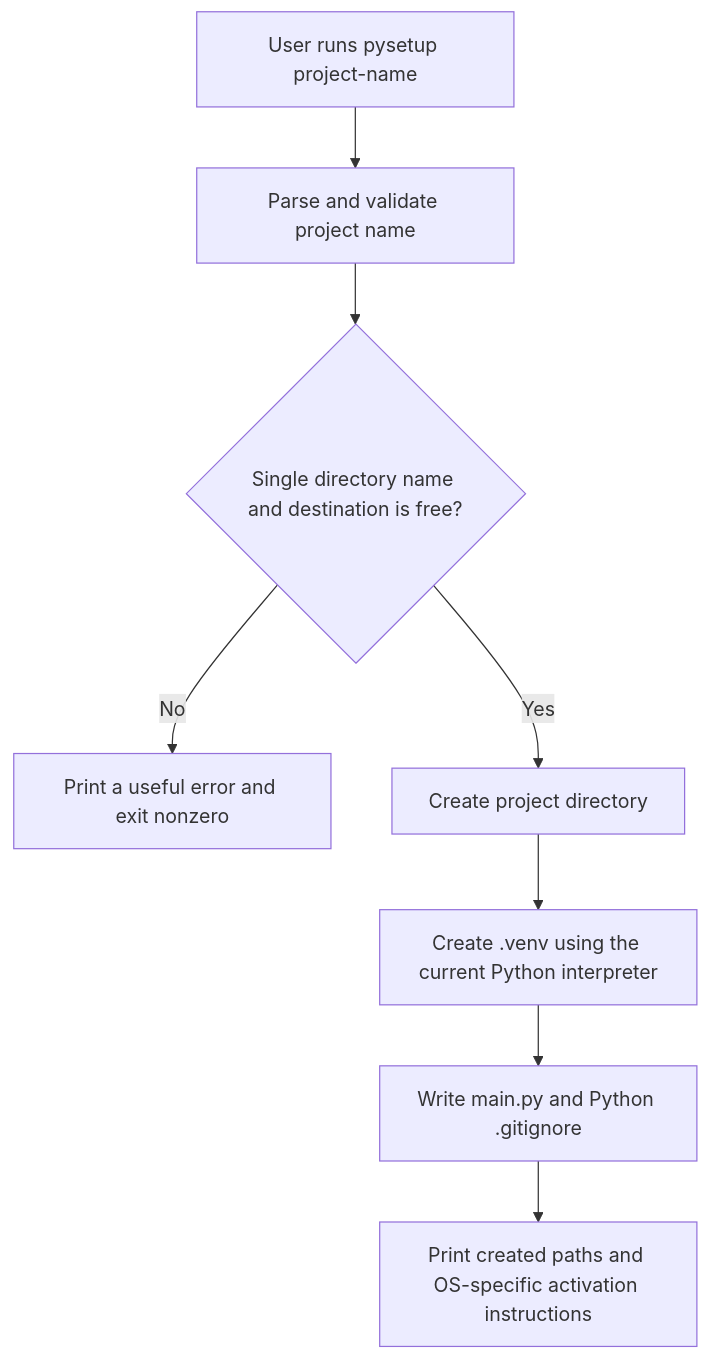
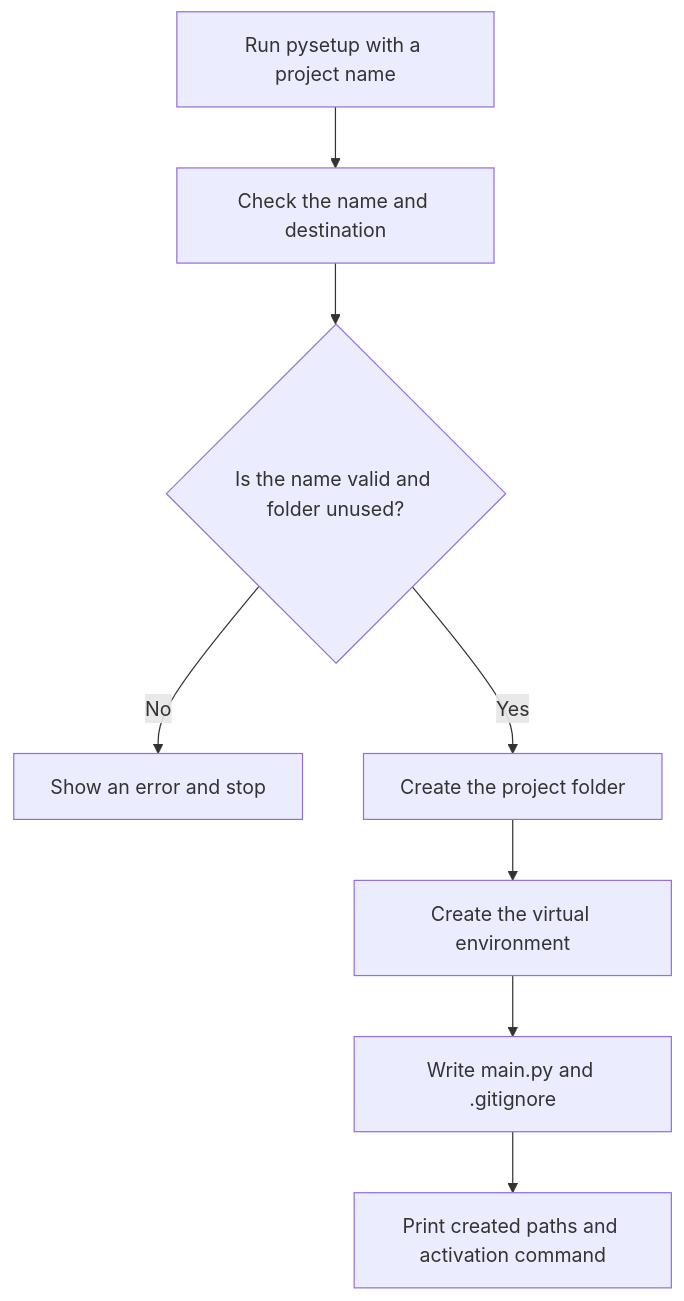
One commit to SwapnilGaur05/pysetup-Python-Project-Starter changed the diagram in PROJECT_TEMPLATE_pysetup.md. Above: the diagram before and after it, drawn with Mermaid. The commit also changed other lines of this file, not shown here.

````diff
--- a/PROJECT_TEMPLATE_pysetup.md
+++ b/PROJECT_TEMPLATE_pysetup.md
@@ -175,10 +190,10 @@
 ```mermaid
 flowchart TD
-    A[User runs pysetup project-name] --> B[Parse and validate project name]
-    B --> C{Single directory name and destination is free?}
-    C -->|No| D[Print a useful error and exit nonzero]
-    C -->|Yes| E[Create project directory]
-    E --> F[Create .venv using the current Python interpreter]
-    F --> G[Write main.py and Python .gitignore]
-    G --> H[Print created paths and OS-specific activation instructions]
+    A[Run pysetup with a project name] --> B[Check the name and destination]
+    B --> C{Is the name valid and folder unused?}
+    C -->|No| D[Show an error and stop]
+    C -->|Yes| E[Create the project folder]
+    E --> F[Create the virtual environment]
+    F --> G[Write main.py and .gitignore]
+    G --> H[Print created paths and activation command]
 ```
````
